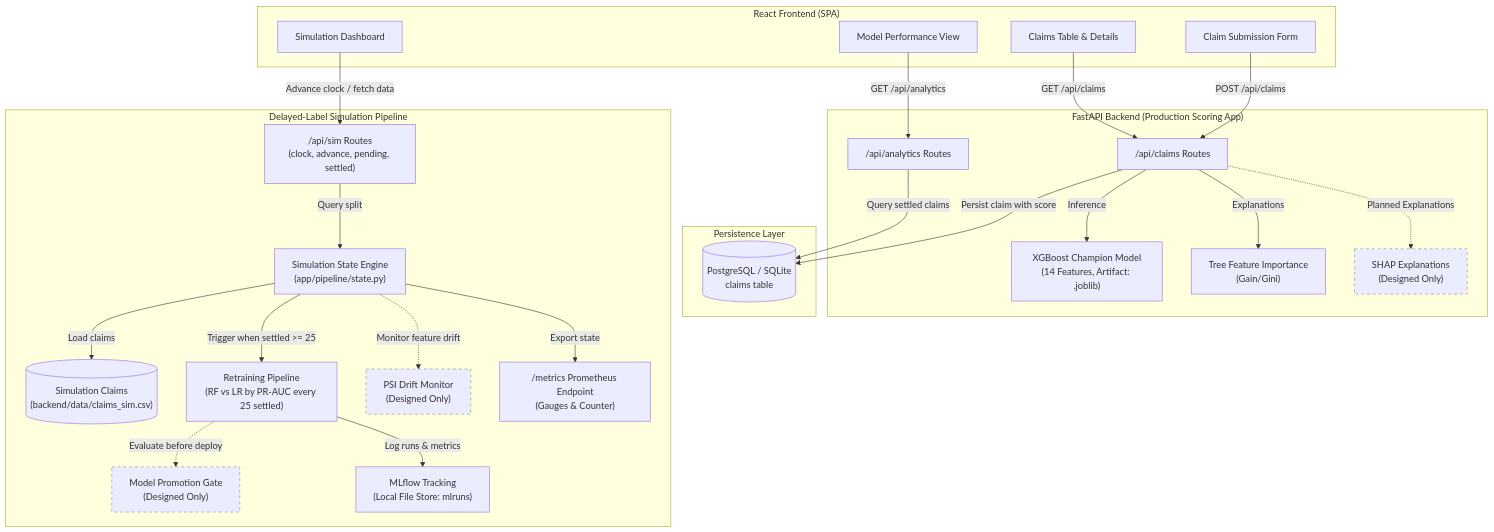
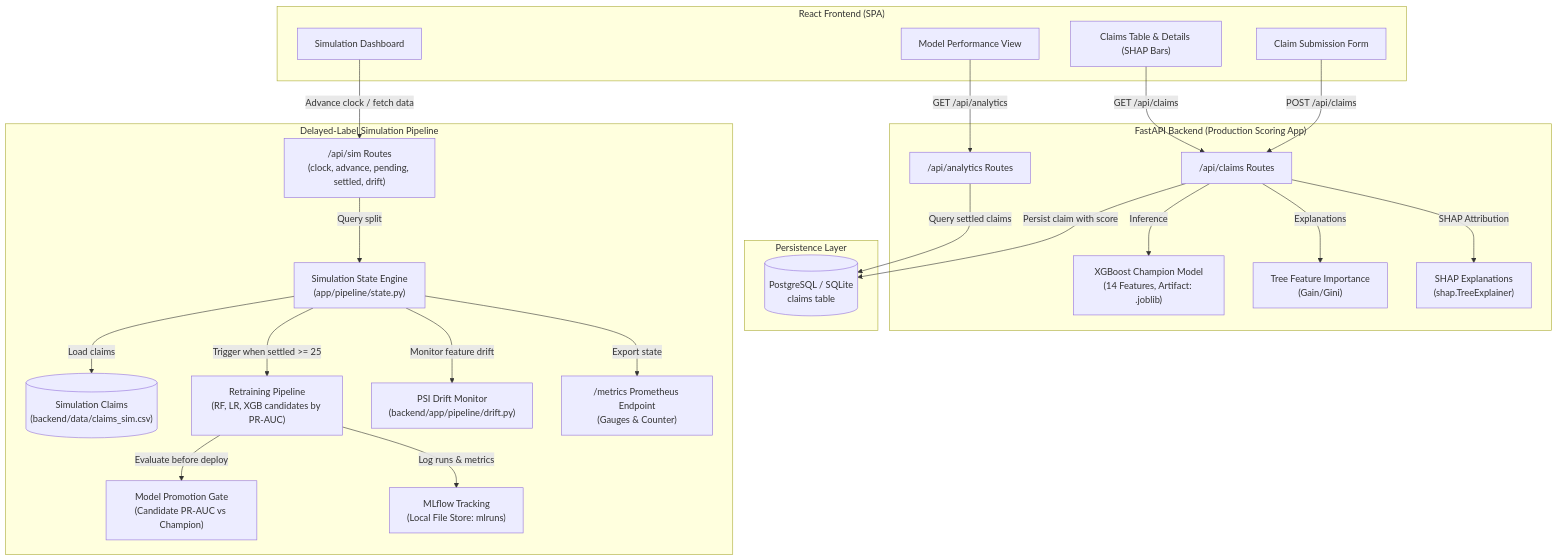
One commit to Gauravi06/ClaimGuard changed the diagram in README.md. Above: the diagram before and after it, drawn with Mermaid. The commit also changed other lines of this file and 2 other files, not shown here.

Commit message:
docs: refresh README, progress and architecture

````diff
--- a/README.md
+++ b/README.md
@@ -48,54 +48,50 @@
 ```mermaid
 flowchart TD
     subgraph Frontend["React Frontend (SPA)"]
         UI_Form["Claim Submission Form"]
-        UI_Table["Claims Table & Details"]
+        UI_Table["Claims Table & Details (SHAP Bars)"]
         UI_Sim["Simulation Dashboard"]
         UI_Analytics["Model Performance View"]
     end
 
     subgraph Backend_App["FastAPI Backend (Production Scoring App)"]
         API_Claims["/api/claims Routes"]
         API_Analytics["/api/analytics Routes"]
         XGB_Model["XGBoost Champion Model<br/>(14 Features, Artifact: .joblib)"]
         Gain_Exp["Tree Feature Importance<br/>(Gain/Gini)"]
-        SHAP_Exp["SHAP Explanations<br/>(Designed Only)"]
+        SHAP_Exp["SHAP Explanations<br/>(shap.TreeExplainer)"]
     end
 
     subgraph Data_Store["Persistence Layer"]
         DB[("PostgreSQL / SQLite<br/>claims table")]
     end
 
     subgraph Sim_Pipeline["Delayed-Label Simulation Pipeline"]
-        API_Sim["/api/sim Routes<br/>(clock, advance, pending, settled)"]
+        API_Sim["/api/sim Routes<br/>(clock, advance, pending, settled, drift)"]
         Sim_State["Simulation State Engine<br/>(app/pipeline/state.py)"]
         Sim_Data[("Simulation Claims<br/>(backend/data/claims_sim.csv)")]
-        Retrain_Engine["Retraining Pipeline<br/>(RF vs LR by PR-AUC every 25 settled)"]
-        Promotion_Rule["Model Promotion Gate<br/>(Designed Only)"]
-        Drift_Check["PSI Drift Monitor<br/>(Designed Only)"]
+        Retrain_Engine["Retraining Pipeline<br/>(RF, LR, XGB candidates by PR-AUC)"]
+        Promotion_Rule["Model Promotion Gate<br/>(Candidate PR-AUC vs Champion)"]
+        Drift_Check["PSI Drift Monitor<br/>(backend/app/pipeline/drift.py)"]
         MLflow["MLflow Tracking<br/>(Local File Store: mlruns)"]
         Metrics_Prom["/metrics Prometheus Endpoint<br/>(Gauges & Counter)"]
     end
 
     UI_Form -->|POST /api/claims| API_Claims
     API_Claims -->|Inference| XGB_Model
     API_Claims -->|Explanations| Gain_Exp
-    API_Claims -.->|Planned Explanations| SHAP_Exp
+    API_Claims -->|SHAP Attribution| SHAP_Exp
     API_Claims -->|Persist claim with score| DB
     UI_Table -->|GET /api/claims| API_Claims
     UI_Analytics -->|GET /api/analytics| API_Analytics
     API_Analytics -->|Query settled claims| DB
 
     UI_Sim -->|Advance clock / fetch data| API_Sim
     API_Sim -->|Query split| Sim_State
     Sim_State -->|Load claims| Sim_Data
     Sim_State -->|Trigger when settled >= 25| Retrain_Engine
-    Retrain_Engine -.->|Evaluate before deploy| Promotion_Rule
+    Retrain_Engine -->|Evaluate before deploy| Promotion_Rule
     Retrain_Engine -->|Log runs & metrics| MLflow
-    Sim_State -.->|Monitor feature drift| Drift_Check
+    Sim_State -->|Monitor feature drift| Drift_Check
     Sim_State -->|Export state| Metrics_Prom
-
-    style SHAP_Exp stroke-dasharray: 5 5,stroke:#888
-    style Promotion_Rule stroke-dasharray: 5 5,stroke:#888
-    style Drift_Check stroke-dasharray: 5 5,stroke:#888
 ```
````
